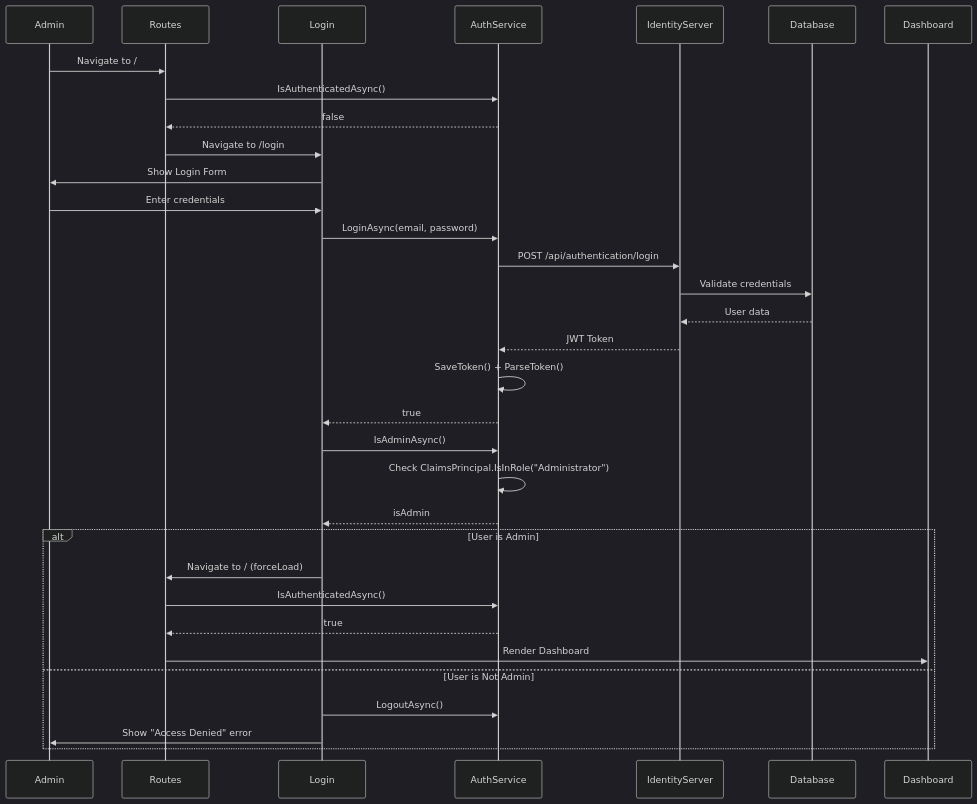
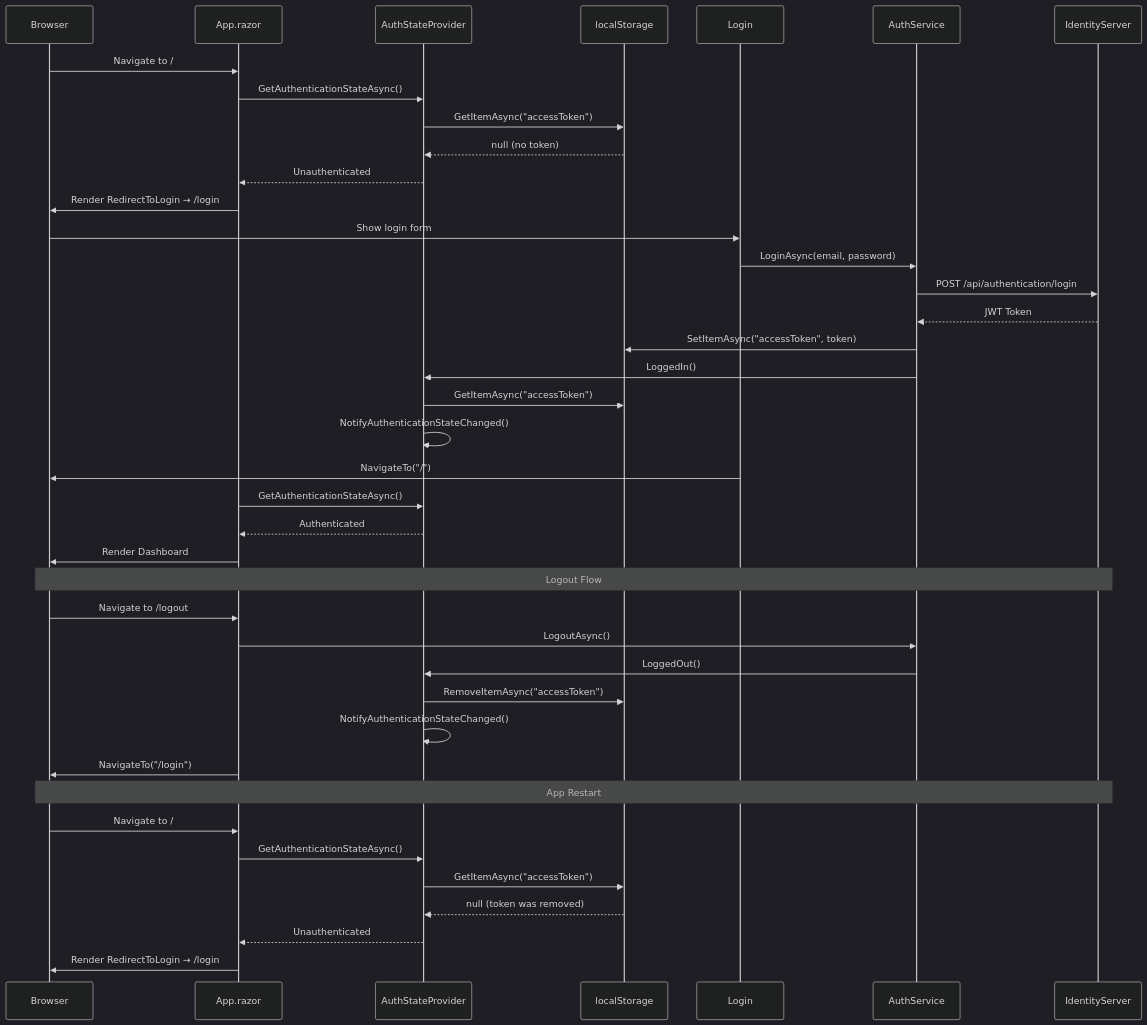
One commit to KLNHOMEALONE/Innowise.Music changed the third of 3 diagrams in Docs/admin-dashboard.md. Above: the diagram before and after it, drawn with Mermaid (dark theme). The commit also changed other lines of this file and 16 other files, not shown here.

Commit message:
Correct Authentication workflow with Login / Logout. Now everything works as expected

````diff
--- a/Docs/admin-dashboard.md
+++ b/Docs/admin-dashboard.md
@@ -97,35 +136,46 @@
 ```mermaid
 sequenceDiagram
-    participant Admin
-    participant Routes
+    participant Browser
+    participant App.razor
+    participant AuthStateProvider
+    participant localStorage
     participant Login
     participant AuthService
     participant IdentityServer
-    participant Database
-    
-    Admin->>Routes: Navigate to /
-    Routes->>AuthService: IsAuthenticatedAsync()
-    AuthService-->>Routes: false
-    Routes->>Login: Navigate to /login
-    Login->>Admin: Show Login Form
-    Admin->>Login: Enter credentials
+
+    Browser->>App.razor: Navigate to /
+    App.razor->>AuthStateProvider: GetAuthenticationStateAsync()
+    AuthStateProvider->>localStorage: GetItemAsync("accessToken")
+    localStorage-->>AuthStateProvider: null (no token)
+    AuthStateProvider-->>App.razor: Unauthenticated
+    App.razor->>Browser: Render RedirectToLogin → /login
+
+    Browser->>Login: Show login form
     Login->>AuthService: LoginAsync(email, password)
     AuthService->>IdentityServer: POST /api/authentication/login
-    IdentityServer->>Database: Validate credentials
-    Database-->>IdentityServer: User data
     IdentityServer-->>AuthService: JWT Token
-    AuthService->>AuthService: SaveToken() + ParseToken()
-    AuthService-->>Login: true
-    Login->>AuthService: IsAdminAsync()
-    AuthService->>AuthService: Check ClaimsPrincipal.IsInRole("Administrator")
-    AuthService-->>Login: isAdmin
-    alt User is Admin
-        Login->>Routes: Navigate to / (forceLoad)
-        Routes->>AuthService: IsAuthenticatedAsync()
-        AuthService-->>Routes: true
-        Routes->>Dashboard: Render Dashboard
-    else User is Not Admin
-        Login->>AuthService: LogoutAsync()
-        Login->>Admin: Show "Access Denied" error
-    end
+    AuthService->>localStorage: SetItemAsync("accessToken", token)
+    AuthService->>AuthStateProvider: LoggedIn()
+    AuthStateProvider->>localStorage: GetItemAsync("accessToken")
+    AuthStateProvider->>AuthStateProvider: NotifyAuthenticationStateChanged()
+    Login->>Browser: NavigateTo("/")
+    App.razor->>AuthStateProvider: GetAuthenticationStateAsync()
+    AuthStateProvider-->>App.razor: Authenticated
+    App.razor->>Browser: Render Dashboard
+
+    Note over Browser,IdentityServer: Logout Flow
+    Browser->>App.razor: Navigate to /logout
+    App.razor->>AuthService: LogoutAsync()
+    AuthService->>AuthStateProvider: LoggedOut()
+    AuthStateProvider->>localStorage: RemoveItemAsync("accessToken")
+    AuthStateProvider->>AuthStateProvider: NotifyAuthenticationStateChanged()
+    App.razor->>Browser: NavigateTo("/login")
+
+    Note over Browser,IdentityServer: App Restart
+    Browser->>App.razor: Navigate to /
+    App.razor->>AuthStateProvider: GetAuthenticationStateAsync()
+    AuthStateProvider->>localStorage: GetItemAsync("accessToken")
+    localStorage-->>AuthStateProvider: null (token was removed)
+    AuthStateProvider-->>App.razor: Unauthenticated
+    App.razor->>Browser: Render RedirectToLogin → /login
 ```
````
